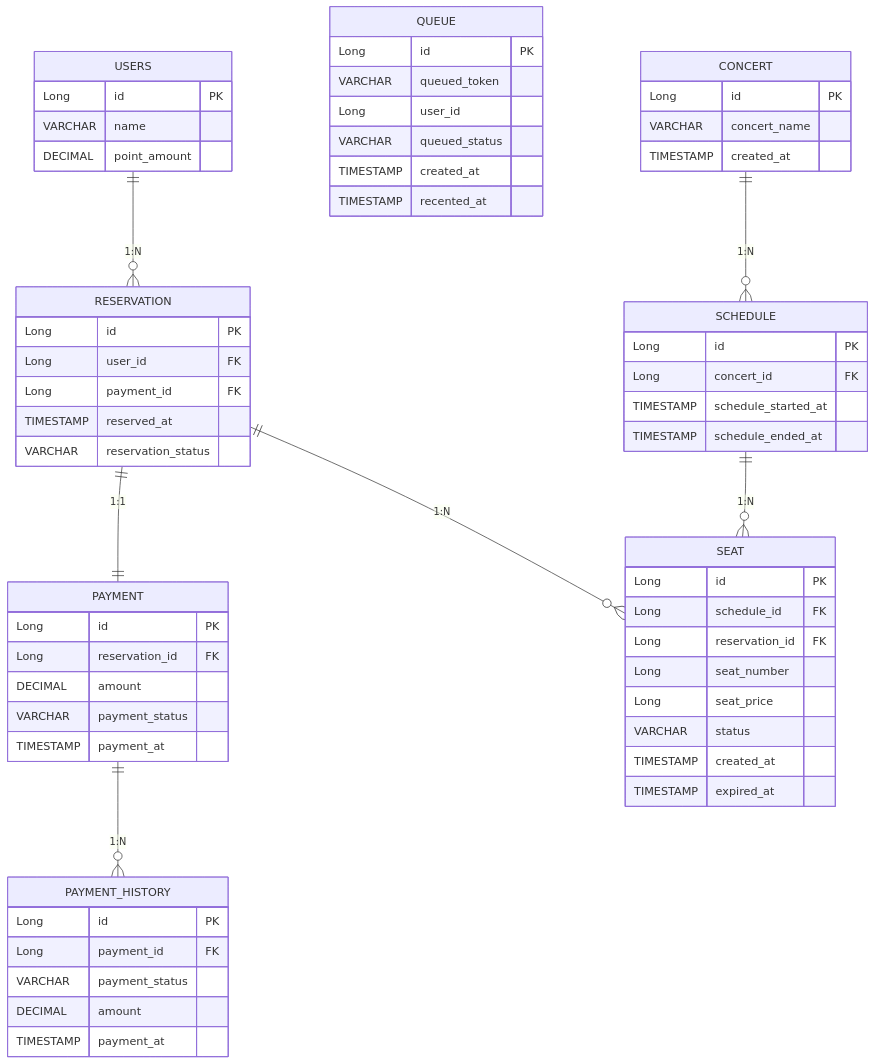
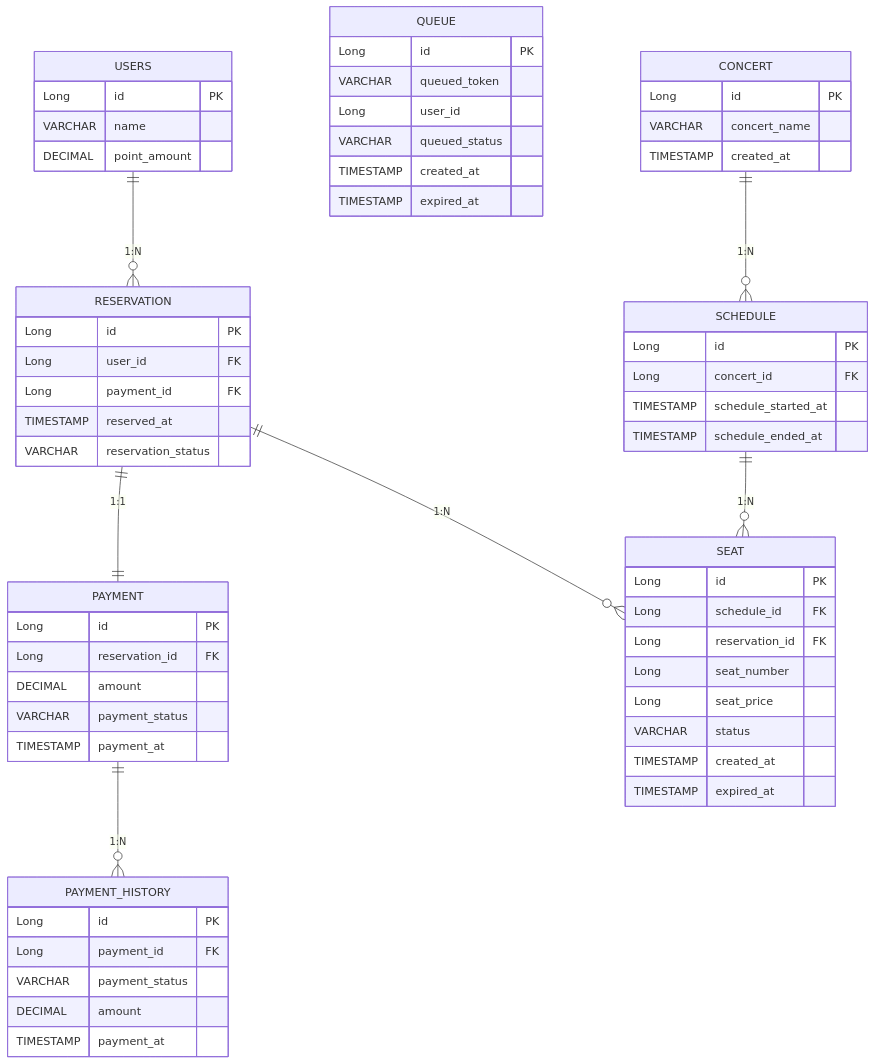
The diagram in docs/ERD.md (hyojin202406/hanghae-concert), drawn with Mermaid before and after one commit.

Commit message:
doc: ERD 수정

````diff
--- a/docs/ERD.md
+++ b/docs/ERD.md
@@ -5,74 +5,74 @@
 ```mermaid
 erDiagram
     USERS {
         Long id PK
         VARCHAR name
         DECIMAL point_amount
     }
 
     QUEUE {
         Long id PK
         VARCHAR queued_token
         Long user_id
         VARCHAR queued_status
         TIMESTAMP created_at
-        TIMESTAMP recented_at
+        TIMESTAMP expired_at
     }
 
     RESERVATION {
         Long id PK
         Long user_id FK
         Long payment_id FK
         TIMESTAMP reserved_at
         VARCHAR reservation_status
     }
 
     PAYMENT {
         Long id PK
         Long reservation_id FK
         DECIMAL amount
         VARCHAR payment_status
         TIMESTAMP payment_at
     }
     
     PAYMENT_HISTORY {
         Long id PK
         Long payment_id FK
         VARCHAR payment_status
         DECIMAL amount
         TIMESTAMP payment_at
     }
     
     CONCERT {
         Long id PK
         VARCHAR concert_name
         TIMESTAMP created_at
     }
 
     SCHEDULE {
         Long id PK
         Long concert_id FK
         TIMESTAMP schedule_started_at
         TIMESTAMP schedule_ended_at
     }
     
     SEAT {
         Long id PK
         Long schedule_id FK
         Long reservation_id FK
         Long seat_number
         Long seat_price
         VARCHAR status
         TIMESTAMP created_at
         TIMESTAMP expired_at
     }
 
     %% Relationships
     USERS ||--o{ RESERVATION : "1:N"
     RESERVATION ||--|| PAYMENT : "1:1"
     PAYMENT ||--o{ PAYMENT_HISTORY : "1:N"
     RESERVATION ||--o{ SEAT : "1:N"
     CONCERT ||--o{ SCHEDULE : "1:N"
     SCHEDULE ||--o{ SEAT : "1:N"
 
 ```
````
